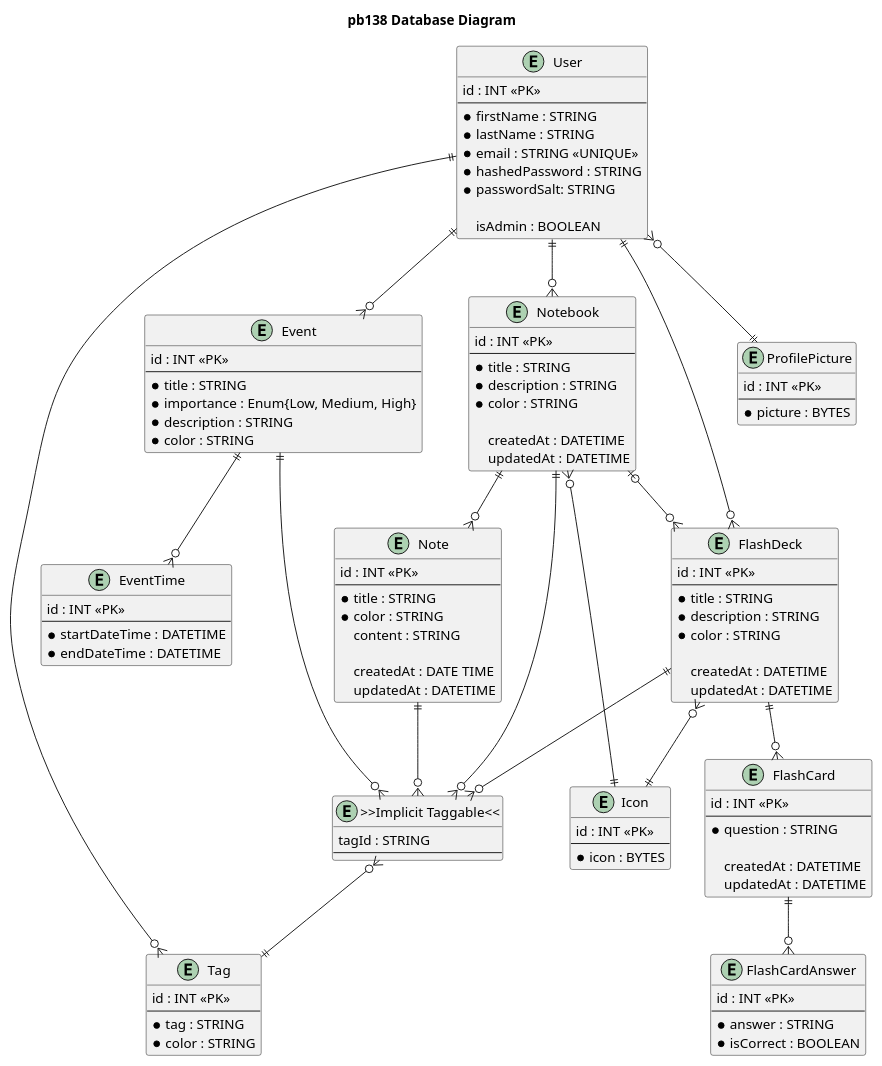
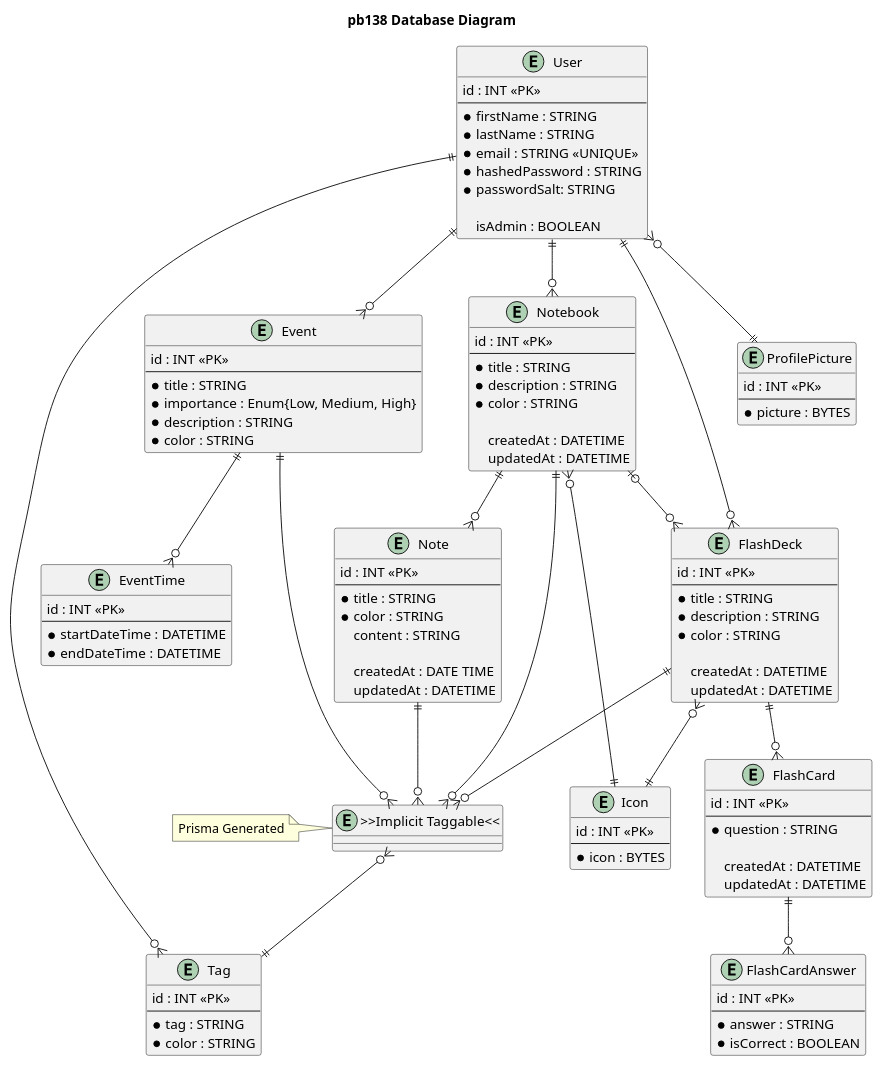
The diagram in backend/prisma/DataBaseConcept.puml (xbugar/web_dev), drawn with PlantUML before and after one commit. The commit also changed 7 other files, not shown here.

```diff
--- a/backend/prisma/DataBaseConcept.puml
+++ b/backend/prisma/DataBaseConcept.puml
@@ -1,125 +1,125 @@
 @startuml
 'skinparam shadowing false
 'skinparam linetype ortho
 title pb138 Database Diagram
 
 entity User {
     id : INT <<PK>>
     --
     * firstName : STRING
     * lastName : STRING
     * email : STRING <<UNIQUE>>
     * hashedPassword : STRING
     * passwordSalt: STRING
 
     isAdmin : BOOLEAN
 }
 
 entity ProfilePicture {
     id : INT <<PK>>
     --
     * picture : BYTES
 }
 
 entity Icon {
     id : INT <<PK>>
     --
     * icon : BYTES
 }
 
 entity Notebook {
     id : INT <<PK>>
     --
     * title : STRING
     * description : STRING
     * color : STRING
 
     createdAt : DATETIME
     updatedAt : DATETIME
 }
 
 entity Note {
     id : INT <<PK>>
     --
     * title : STRING
     * color : STRING
     content : STRING
 
     createdAt : DATE TIME
     updatedAt : DATETIME
 }
 
 entity Event {
     id : INT <<PK>>
     --
     * title : STRING
     * importance : Enum{Low, Medium, High}
     * description : STRING
     * color : STRING
 }
 
 entity EventTime {
     id : INT <<PK>>
     --
     * startDateTime : DATETIME
     * endDateTime : DATETIME
 }
 
 entity FlashDeck {
     id : INT <<PK>>
     --
     * title : STRING
     * description : STRING
     * color : STRING
 
     createdAt : DATETIME
     updatedAt : DATETIME
 }
 
 entity FlashCard {
     id : INT <<PK>>
     --
     * question : STRING
 
     createdAt : DATETIME
     updatedAt : DATETIME
 }
 
 entity FlashCardAnswer {
     id : INT <<PK>>
     --
     * answer : STRING
     * isCorrect : BOOLEAN
 }
 
 entity Tag {
     id : INT <<PK>>
     --
     * tag : STRING
     * color : STRING
 }
 
-entity ">>Implicit Taggable<<" as implicit {
-    tagId : STRING
-    --
-}
+entity ">>Implicit Taggable<<" as Implicit
 
 User            }o--|| ProfilePicture
 User            ||--o{ Notebook
 Notebook        ||--o{ Note
 User            ||--o{ Event
 Event           ||--o{ EventTime
 User            ||--o{ FlashDeck
 FlashDeck       ||--o{ FlashCard
 FlashCard       ||--o{ FlashCardAnswer
 Notebook        |o--o{ FlashDeck
 Notebook        }o--|| Icon
 FlashDeck       }o--|| Icon
 User            ||-o{  Tag
-Notebook        ||--o{ implicit
-FlashDeck       ||--o{ implicit
-Event           ||--o{ implicit
-Note            ||--o{ implicit
-implicit        }o--|| Tag
+Notebook        ||--o{ Implicit
+FlashDeck       ||--o{ Implicit
+Event           ||--o{ Implicit
+Note            ||--o{ Implicit
+Implicit        }o--|| Tag
 
+note left of Implicit
+Prisma Generated
+end note
 @enduml
```
